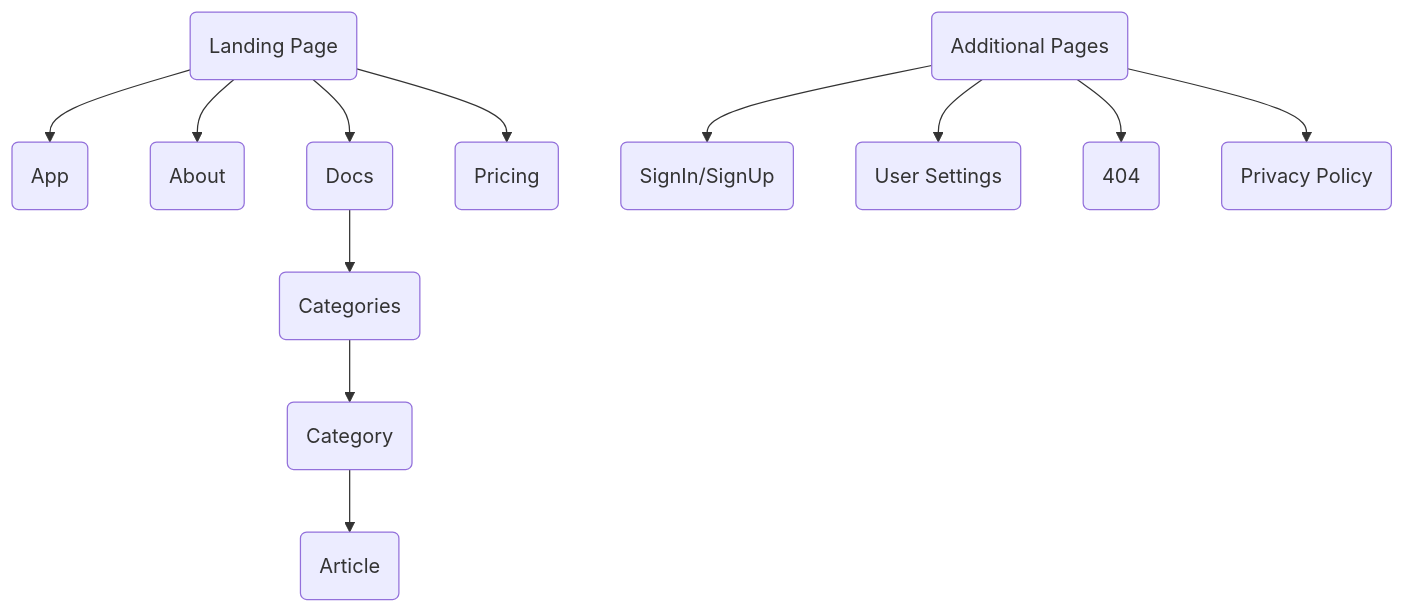
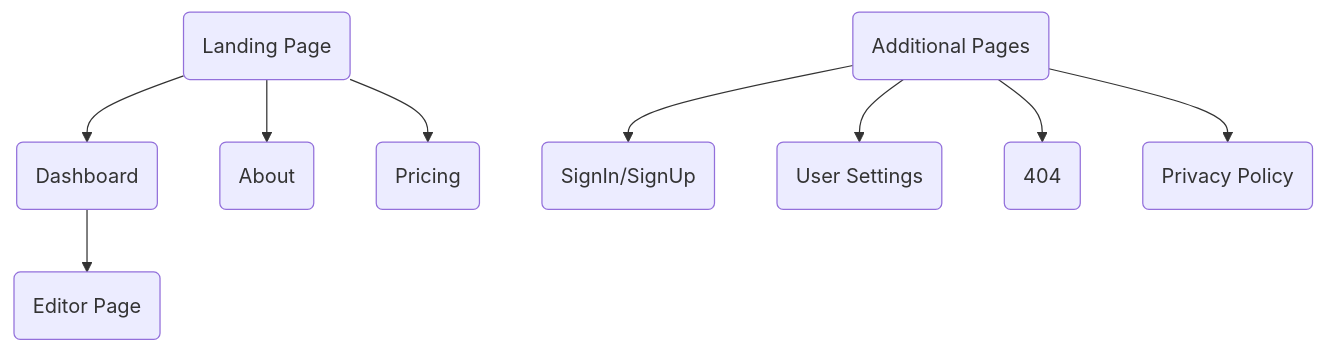
Before and after one commit to wiremapp/app: the diagram in README.md, drawn with Mermaid. The commit also changed other lines of this file and 1 other file, not shown here.

````diff
--- a/README.md
+++ b/README.md
@@ -38,15 +38,12 @@
 ```mermaid
     flowchart TD
-    35a89d93(Landing Page)-->46223490(App)
+    35a89d93(Landing Page)-->46223490(Dashboard)
+    46223490-->86r53891(Editor Page)
     35a89d93-->03dcc596(About)
-    35a89d93-->cdbd5d1b(Docs)
     35a89d93-->T(Pricing)
-    cdbd5d1b-->ef6fbafe(Categories)
-    ef6fbafe-->eac711a3(Category)
-    eac711a3-->f402d3c1(Article)
     eb8f8865(Additional Pages)
     eb8f8865-->f1fd7063(SignIn/SignUp)
     eb8f8865-->84c323c4L(User Settings)
     eb8f8865-->f88d271e(404)
     eb8f8865-->8c43e165(Privacy Policy)
 ```
````
